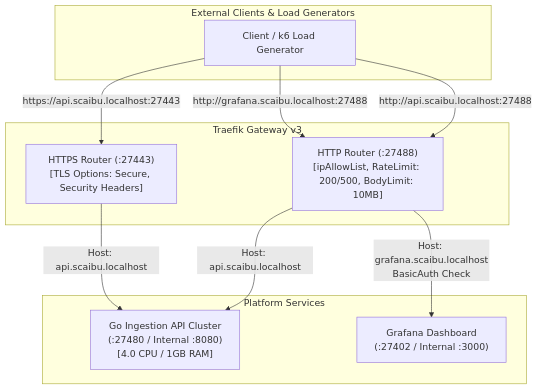
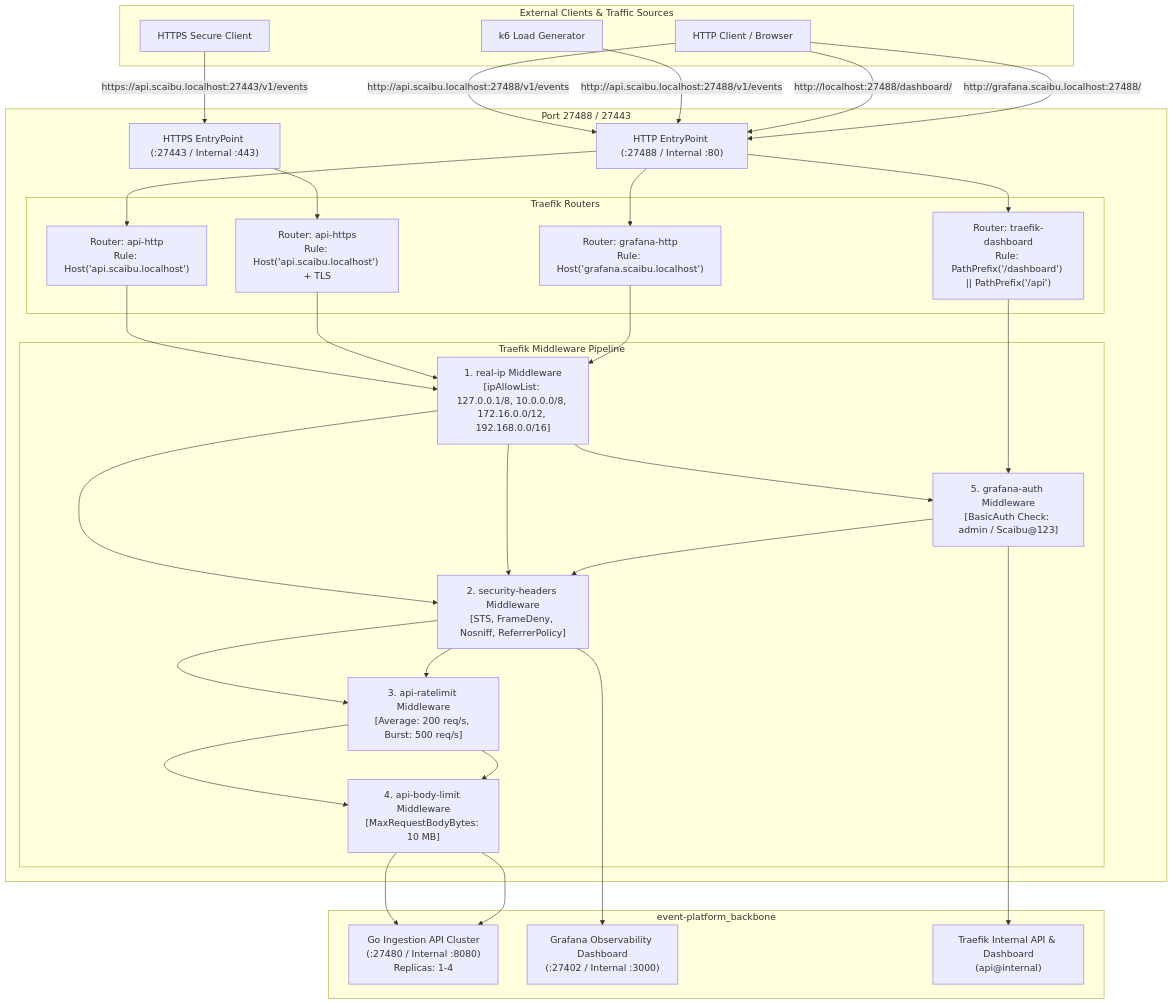
The first of 4 diagrams in README.md (Chief-Strategist-J/messaging-pipeline), drawn with Mermaid before and after one commit. The commit also changed other lines of this file and 2 other files, not shown here.

Commit message:
docs: separate README into dedicated detailed sections for Network, Messaging, and Storage pipelines with sequence diagram

````diff
--- a/README.md
+++ b/README.md
@@ -13,24 +13,50 @@
 ```mermaid
 flowchart TD
-    subgraph External Clients & Load Generators
-        Client["Client / k6 Load Generator"]
+    subgraph External Clients & Traffic Sources
+        HTTP_CLIENT["HTTP Client / Browser"]
+        HTTPS_CLIENT["HTTPS Secure Client"]
+        LOAD_TEST["k6 Load Generator"]
     end
 
-    subgraph Ingress Layer [Traefik Gateway v3]
-        TRAEFIK_HTTP["HTTP Router (:27488)\n[ipAllowList, RateLimit: 200/500, BodyLimit: 10MB]"]
-        TRAEFIK_HTTPS["HTTPS Router (:27443)\n[TLS Options: Secure, Security Headers]"]
+    subgraph Traefik Ingress Gateway [Port 27488 / 27443]
+        ENTRY_HTTP["HTTP EntryPoint (:27488 / Internal :80)"]
+        ENTRY_HTTPS["HTTPS EntryPoint (:27443 / Internal :443)"]
+        
+        subgraph Traefik Middleware Pipeline
+            REAL_IP["1. real-ip Middleware\n[ipAllowList: 127.0.0.1/8, 10.0.0.0/8, 172.16.0.0/12, 192.168.0.0/16]"]
+            SEC_HDRS["2. security-headers Middleware\n[STS, FrameDeny, Nosniff, ReferrerPolicy]"]
+            RATE_LIMIT["3. api-ratelimit Middleware\n[Average: 200 req/s, Burst: 500 req/s]"]
+            BODY_LIMIT["4. api-body-limit Middleware\n[MaxRequestBodyBytes: 10 MB]"]
+            BASIC_AUTH["5. grafana-auth Middleware\n[BasicAuth Check: admin / Scaibu@123]"]
+        end
+
+        subgraph Traefik Routers
+            ROUTER_API_HTTP["Router: api-http\nRule: Host('api.scaibu.localhost')"]
+            ROUTER_API_HTTPS["Router: api-https\nRule: Host('api.scaibu.localhost') + TLS"]
+            ROUTER_DASHBOARD["Router: traefik-dashboard\nRule: PathPrefix('/dashboard') || PathPrefix('/api')"]
+            ROUTER_GRAFANA["Router: grafana-http\nRule: Host('grafana.scaibu.localhost')"]
+        end
     end
 
-    subgraph Platform Services
-        API["Go Ingestion API Cluster\n(:27480 / Internal :8080)\n[4.0 CPU / 1GB RAM]"]
-        GRAFANA["Grafana Dashboard\n(:27402 / Internal :3000)"]
+    subgraph Internal Service Network [event-platform_backbone]
+        API_CLUSTER["Go Ingestion API Cluster\n(:27480 / Internal :8080)\nReplicas: 1-4"]
+        GRAFANA_APP["Grafana Observability Dashboard\n(:27402 / Internal :3000)"]
+        TRAEFIK_API["Traefik Internal API & Dashboard\n(api@internal)"]
     end
 
-    Client -->|http://api.scaibu.localhost:27488| TRAEFIK_HTTP
-    Client -->|https://api.scaibu.localhost:27443| TRAEFIK_HTTPS
-    Client -->|http://grafana.scaibu.localhost:27488| TRAEFIK_HTTP
+    HTTP_CLIENT -->|http://api.scaibu.localhost:27488/v1/events| ENTRY_HTTP
+    LOAD_TEST -->|http://api.scaibu.localhost:27488/v1/events| ENTRY_HTTP
+    HTTPS_CLIENT -->|https://api.scaibu.localhost:27443/v1/events| ENTRY_HTTPS
+    HTTP_CLIENT -->|http://localhost:27488/dashboard/| ENTRY_HTTP
+    HTTP_CLIENT -->|http://grafana.scaibu.localhost:27488/| ENTRY_HTTP
 
-    TRAEFIK_HTTP -->|Host: api.scaibu.localhost| API
-    TRAEFIK_HTTP -->|Host: grafana.scaibu.localhost\nBasicAuth Check| GRAFANA
-    TRAEFIK_HTTPS -->|Host: api.scaibu.localhost| API
+    ENTRY_HTTP --> ROUTER_API_HTTP
+    ENTRY_HTTP --> ROUTER_DASHBOARD
+    ENTRY_HTTP --> ROUTER_GRAFANA
+    ENTRY_HTTPS --> ROUTER_API_HTTPS
+
+    ROUTER_API_HTTP --> REAL_IP --> SEC_HDRS --> RATE_LIMIT --> BODY_LIMIT --> API_CLUSTER
+    ROUTER_API_HTTPS --> REAL_IP --> SEC_HDRS --> RATE_LIMIT --> BODY_LIMIT --> API_CLUSTER
+    ROUTER_GRAFANA --> REAL_IP --> BASIC_AUTH --> SEC_HDRS --> GRAFANA_APP
+    ROUTER_DASHBOARD --> BASIC_AUTH --> TRAEFIK_API
 ```
````
